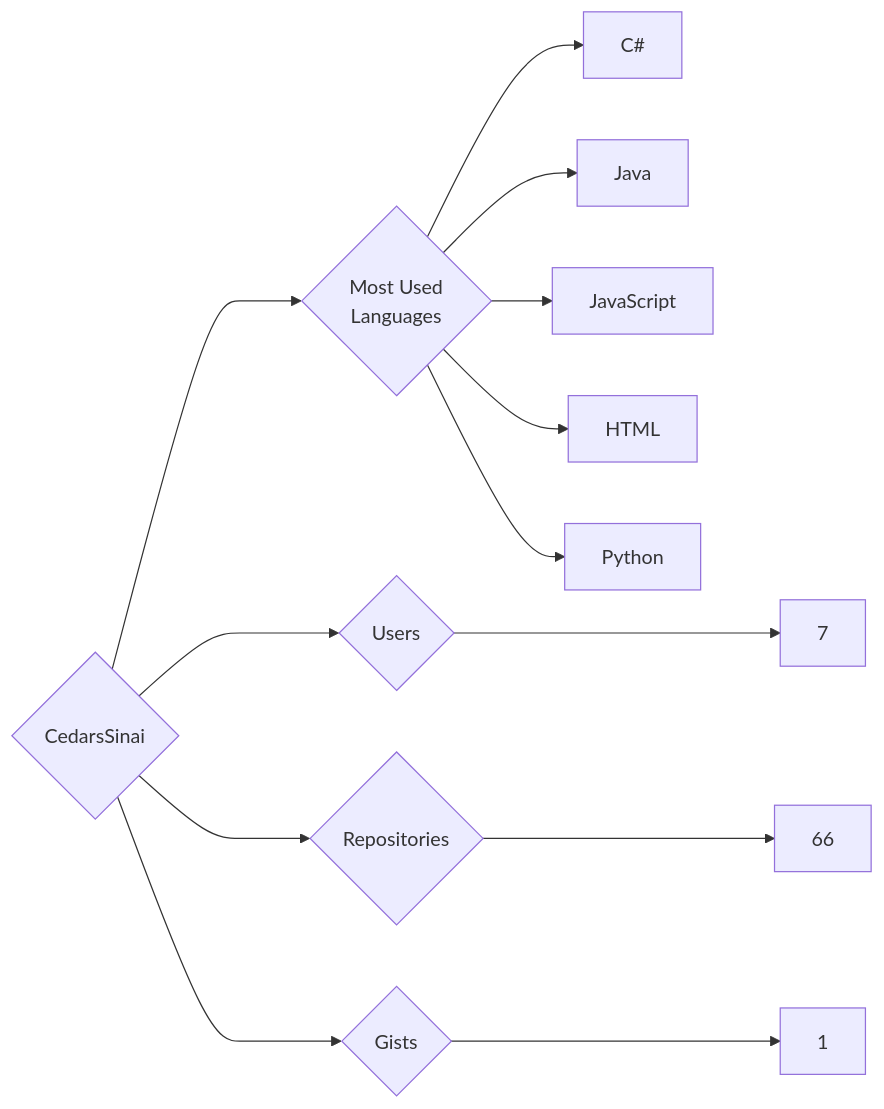
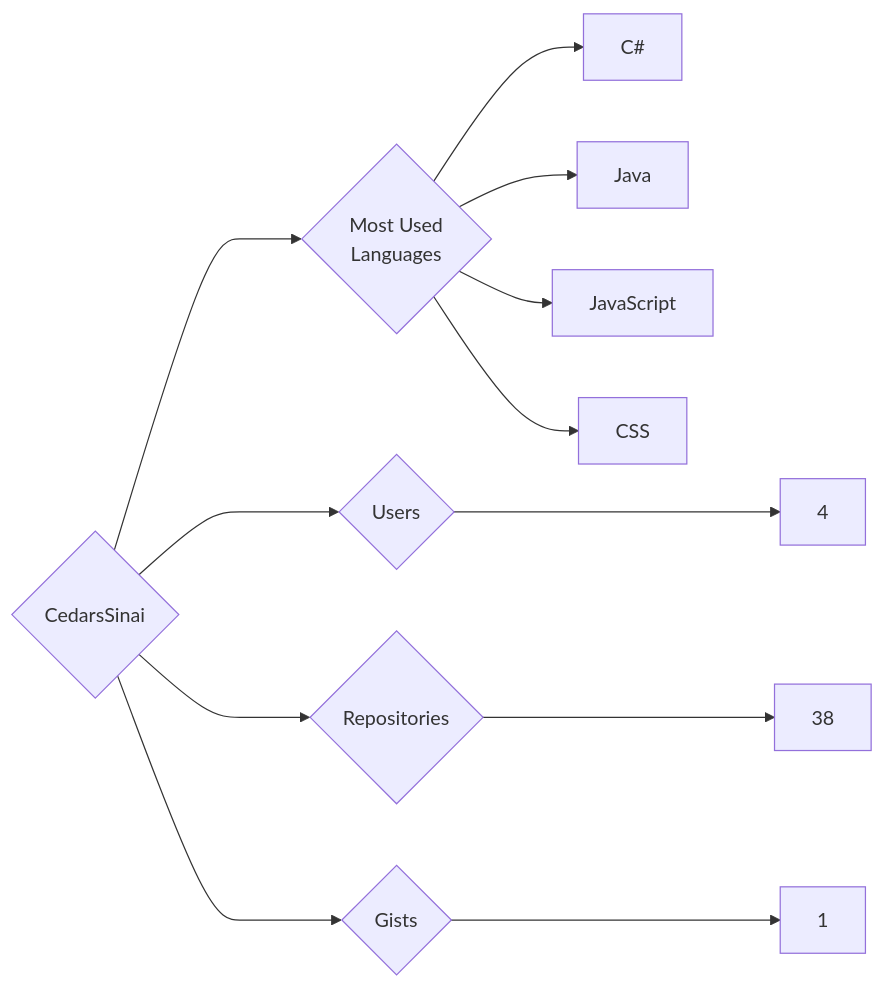
Before and after one commit to trickest/insiders: the diagram in targets/CedarsSinai/README.md, drawn with Mermaid. The commit also changed 933 other files, not shown here.

````diff
--- a/targets/CedarsSinai/README.md
+++ b/targets/CedarsSinai/README.md
@@ -3,13 +3,12 @@
 ```mermaid
 graph LR
 COMPANY_NAME{CedarsSinai}
-COMPANY_NAME ---> U{Users} ---> UN[7]
-COMPANY_NAME ---> R{Repositories} ---> RN[66]
+COMPANY_NAME ---> U{Users} ---> UN[4]
+COMPANY_NAME ---> R{Repositories} ---> RN[38]
 COMPANY_NAME ---> G{Gists} ---> GN[1]
 COMPANY_NAME ---> ML{Most Used<br>Languages}
 ML --> C#[C#]
 ML --> Java[Java]
 ML --> JavaScript[JavaScript]
-ML --> HTML[HTML]
-ML --> Python[Python]
+ML --> CSS[CSS]
 ```
````
